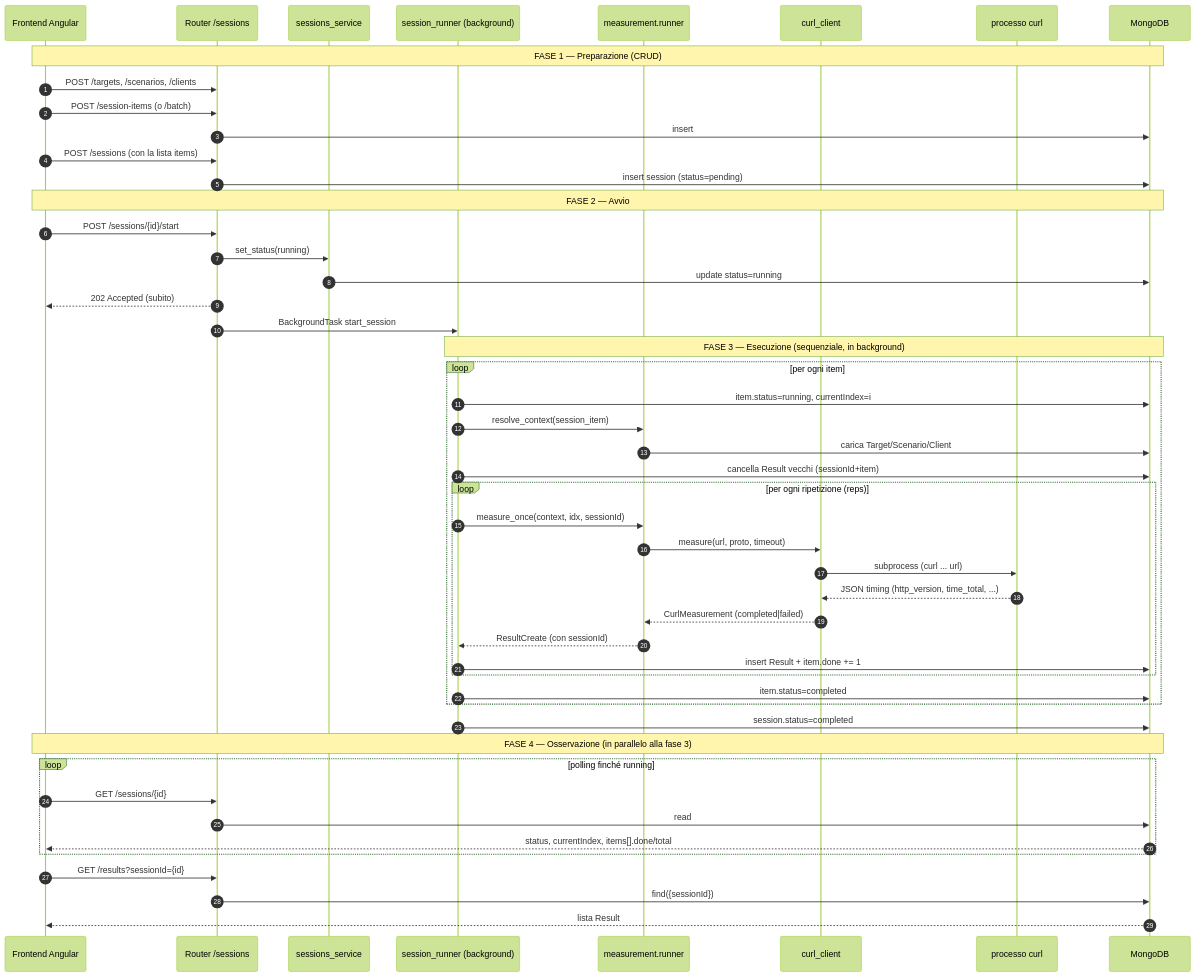
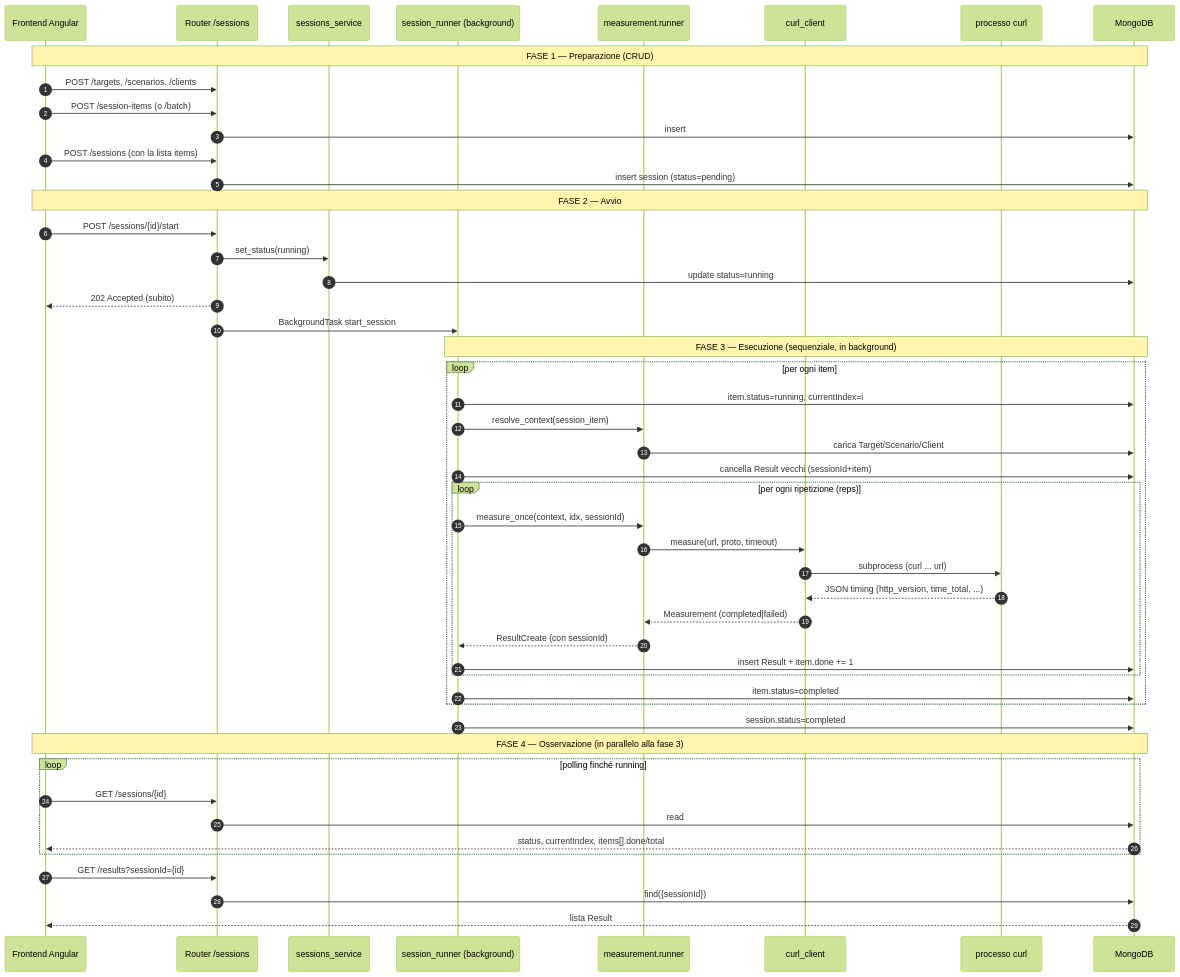
The diagram in docs/ARCHITETTURA.md (milazz-rich/QNQ_client), drawn with Mermaid (forest theme) before and after one commit. The commit also changed other lines of this file and 8 other files, not shown here.

````diff
--- a/docs/ARCHITETTURA.md
+++ b/docs/ARCHITETTURA.md
@@ -449,55 +449,55 @@
 ```mermaid
 sequenceDiagram
     autonumber
     participant FE as Frontend Angular
     participant SR as Router /sessions
     participant SS as sessions_service
     participant RUN as session_runner (background)
     participant MR as measurement.runner
     participant CC as curl_client
     participant CURL as processo curl
     participant DB as MongoDB
 
     Note over FE,DB: FASE 1 — Preparazione (CRUD)
     FE->>SR: POST /targets, /scenarios, /clients
     FE->>SR: POST /session-items (o /batch)
     SR->>DB: insert
     FE->>SR: POST /sessions  (con la lista items)
     SR->>DB: insert session (status=pending)
 
     Note over FE,DB: FASE 2 — Avvio
     FE->>SR: POST /sessions/{id}/start
     SR->>SS: set_status(running)
     SS->>DB: update status=running
     SR-->>FE: 202 Accepted (subito)
     SR->>RUN: BackgroundTask start_session
 
     Note over RUN,DB: FASE 3 — Esecuzione (sequenziale, in background)
     loop per ogni item
         RUN->>DB: item.status=running, currentIndex=i
         RUN->>MR: resolve_context(session_item)
         MR->>DB: carica Target/Scenario/Client
         RUN->>DB: cancella Result vecchi (sessionId+item)
         loop per ogni ripetizione (reps)
             RUN->>MR: measure_once(context, idx, sessionId)
             MR->>CC: measure(url, proto, timeout)
             CC->>CURL: subprocess (curl ... url)
             CURL-->>CC: JSON timing (http_version, time_total, ...)
-            CC-->>MR: CurlMeasurement (completed|failed)
+            CC-->>MR: Measurement (completed|failed)
             MR-->>RUN: ResultCreate (con sessionId)
             RUN->>DB: insert Result + item.done += 1
         end
         RUN->>DB: item.status=completed
     end
     RUN->>DB: session.status=completed
 
     Note over FE,DB: FASE 4 — Osservazione (in parallelo alla fase 3)
     loop polling finché running
         FE->>SR: GET /sessions/{id}
         SR->>DB: read
         DB-->>FE: status, currentIndex, items[].done/total
     end
     FE->>SR: GET /results?sessionId={id}
     SR->>DB: find({sessionId})
     DB-->>FE: lista Result
 ```
````
